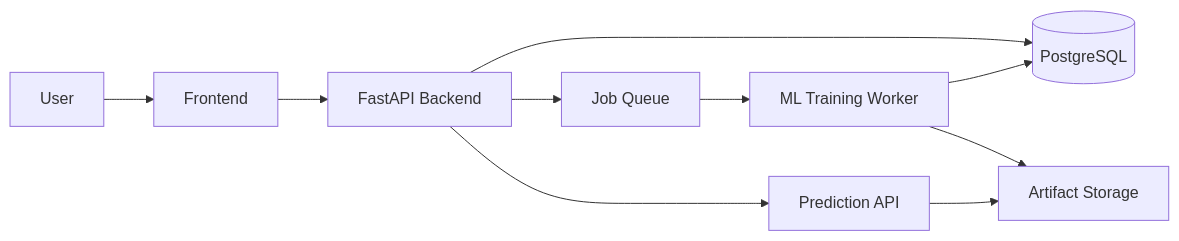
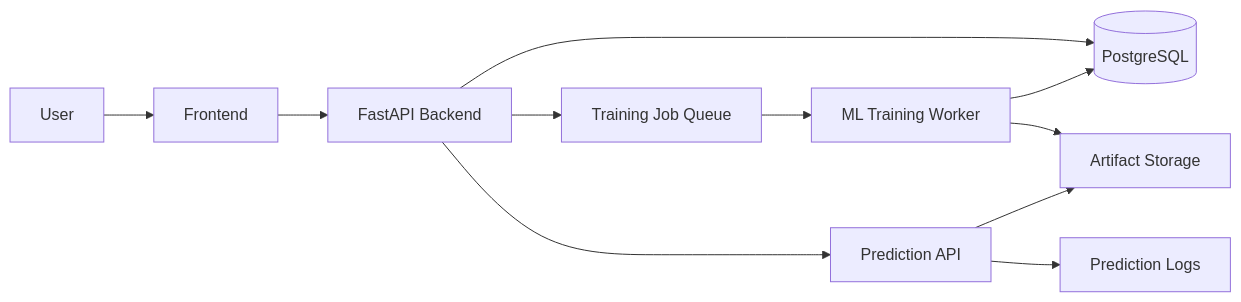
One commit to Kanishq2324/Auto-ML-Saas changed the second of 2 diagrams in README.md. Above: the diagram before and after it, drawn with Mermaid. The commit also changed other lines of this file and 3 other files, not shown here.

````diff
--- a/README.md
+++ b/README.md
@@ -522,12 +895,13 @@
 ```mermaid
 flowchart LR
     U[User] --> F[Frontend]
     F --> A[FastAPI Backend]
     A --> D[(PostgreSQL)]
-    A --> Q[Job Queue]
+    A --> Q[Training Job Queue]
     Q --> W[ML Training Worker]
     W --> S[Artifact Storage]
     W --> D
     A --> M[Prediction API]
     M --> S
+    M --> L[Prediction Logs]
 ```
````
